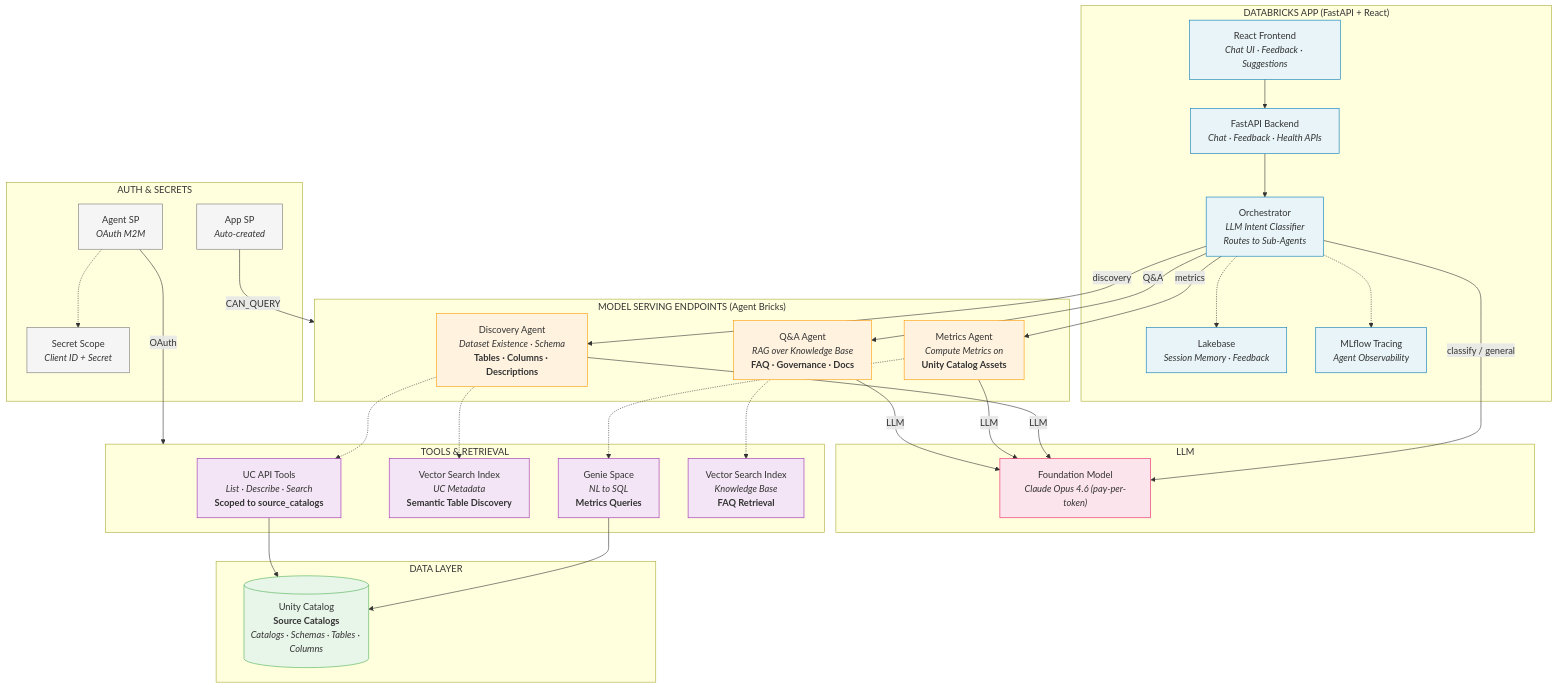
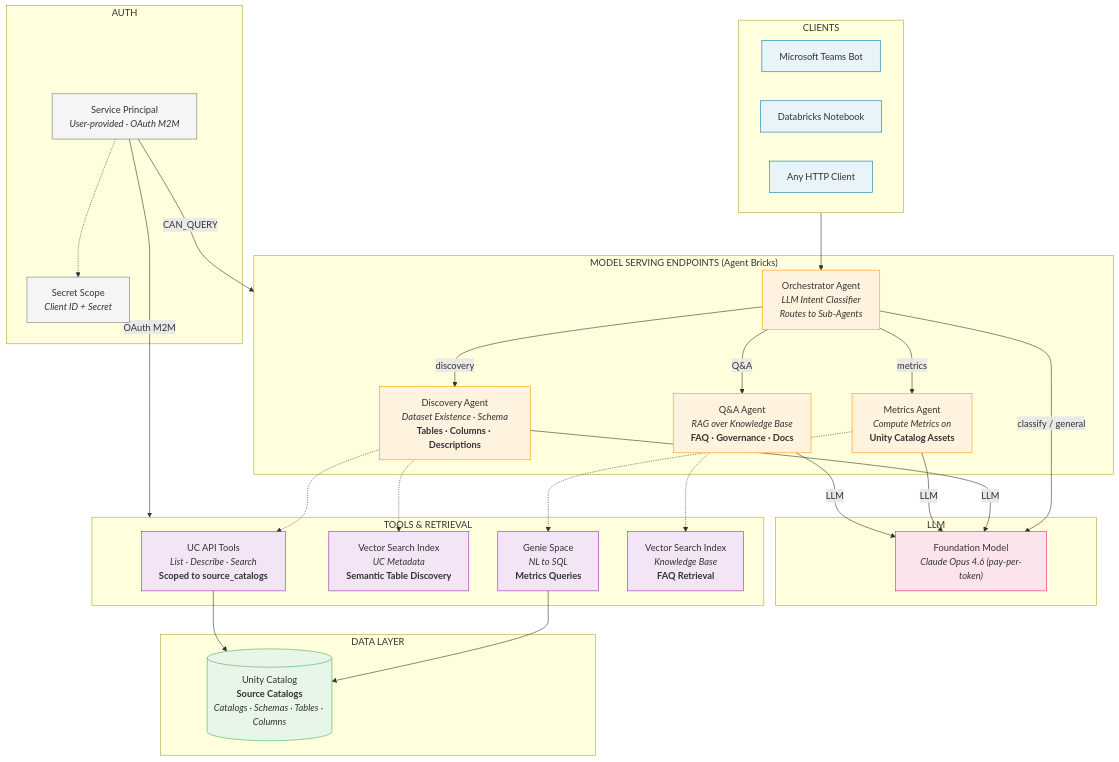
Before and after one commit to guanjieshen/uc-data-advisor: the diagram in docs/architecture.md, drawn with Mermaid. The commit also changed other lines of this file and 2 other files, not shown here.

First line of the commit message:
Update all docs: remove Databricks App/Lakebase, reflect SP-based architecture

````diff
--- a/docs/architecture.md
+++ b/docs/architecture.md
@@ -9,75 +9,71 @@
 ```mermaid
 flowchart TB
-    subgraph APP["DATABRICKS APP (FastAPI + React)"]
-        FE["React Frontend<br/><i>Chat UI · Feedback · Suggestions</i>"]
-        API["FastAPI Backend<br/><i>Chat · Feedback · Health APIs</i>"]
-        ORCH["Orchestrator<br/><i>LLM Intent Classifier</i><br/><i>Routes to Sub-Agents</i>"]
-        LB["Lakebase<br/><i>Session Memory · Feedback</i>"]
-        MLF["MLflow Tracing<br/><i>Agent Observability</i>"]
-        FE --> API --> ORCH
-        ORCH -.-> LB
-        ORCH -.-> MLF
+    subgraph CLIENTS["CLIENTS"]
+        TEAMS["Microsoft Teams Bot"]
+        NB["Databricks Notebook"]
+        HTTP["Any HTTP Client"]
     end
 
     subgraph SERVING["MODEL SERVING ENDPOINTS (Agent Bricks)"]
+        ORCH["Orchestrator Agent<br/><i>LLM Intent Classifier</i><br/><i>Routes to Sub-Agents</i>"]
         DA["Discovery Agent<br/><i>Dataset Existence · Schema</i><br/><b>Tables · Columns · Descriptions</b>"]
         DM["Metrics Agent<br/><i>Compute Metrics on</i><br/><b>Unity Catalog Assets</b>"]
         QA["Q&A Agent<br/><i>RAG over Knowledge Base</i><br/><b>FAQ · Governance · Docs</b>"]
     end
 
     subgraph LLM["LLM"]
         CLAUDE["Foundation Model<br/><i>Claude Opus 4.6 (pay-per-token)</i>"]
     end
 
     subgraph TOOLS["TOOLS & RETRIEVAL"]
         UC_API["UC API Tools<br/><i>List · Describe · Search</i><br/><b>Scoped to source_catalogs</b>"]
         VS1["Vector Search Index<br/><i>UC Metadata</i><br/><b>Semantic Table Discovery</b>"]
         GENIE["Genie Space<br/><i>NL to SQL</i><br/><b>Metrics Queries</b>"]
         VS2["Vector Search Index<br/><i>Knowledge Base</i><br/><b>FAQ Retrieval</b>"]
     end
 
     subgraph DATA["DATA LAYER"]
         UCat[("Unity Catalog<br/><b>Source Catalogs</b><br/><i>Catalogs · Schemas · Tables · Columns</i>")]
     end
 
-    subgraph AUTH["AUTH & SECRETS"]
-        SP_APP["App SP<br/><i>Auto-created</i>"]
-        SP_AGENT["Agent SP<br/><i>OAuth M2M</i>"]
+    subgraph AUTH["AUTH"]
+        SP["Service Principal<br/><i>User-provided · OAuth M2M</i>"]
         SCOPE["Secret Scope<br/><i>Client ID + Secret</i>"]
-        SP_AGENT -.-> SCOPE
+        SP -.-> SCOPE
     end
 
+    CLIENTS --> ORCH
     ORCH -->|discovery| DA
     ORCH -->|metrics| DM
     ORCH -->|Q&A| QA
     ORCH -->|classify / general| CLAUDE
 
     DA -->|LLM| CLAUDE
     DM -->|LLM| CLAUDE
     QA -->|LLM| CLAUDE
 
     DA -.-> UC_API
     DA -.-> VS1
     DM -.-> GENIE
     QA -.-> VS2
 
     GENIE --> UCat
     UC_API --> UCat
 
-    SP_APP -->|CAN_QUERY| SERVING
-    SP_AGENT -->|OAuth| TOOLS
+    SP -->|CAN_QUERY| SERVING
+    SP -->|OAuth M2M| TOOLS
 
-    classDef app fill:#e8f4f8,stroke:#0077b6
+    classDef clients fill:#e8f4f8,stroke:#0077b6
     classDef serving fill:#fff3e0,stroke:#ff9800
     classDef llm fill:#fce4ec,stroke:#e91e63
     classDef tools fill:#f3e5f5,stroke:#9c27b0
     classDef data fill:#e8f5e9,stroke:#4caf50
     classDef auth fill:#f5f5f5,stroke:#757575
 
-    class FE,API,ORCH,LB,MLF app
-    class DA,DM,QA serving
+    class TEAMS,NB,HTTP clients
+    class ORCH,DA,DM,QA serving
     class CLAUDE llm
     class UC_API,VS1,GENIE,VS2 tools
     class UCat data
-    class SP_APP,SP_AGENT,SCOPE auth
+    class SP,SCOPE auth
 ```
````
